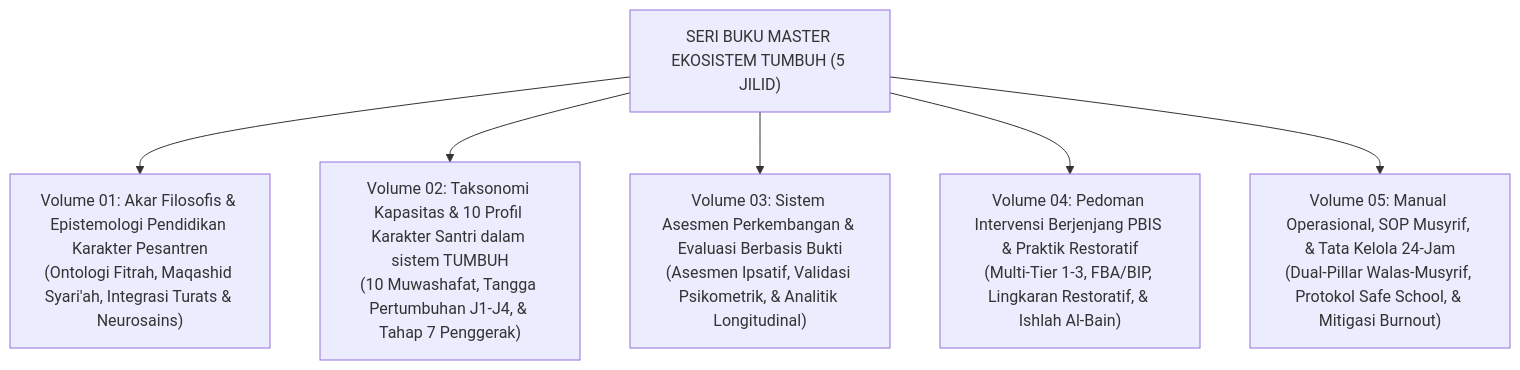
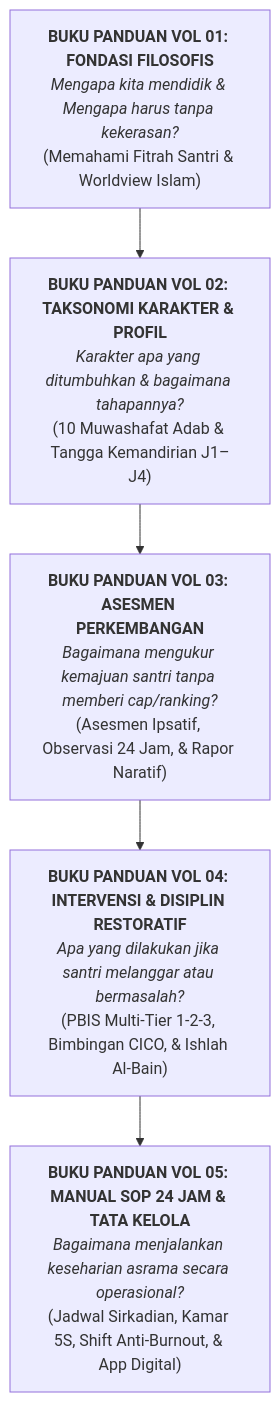
Before and after one commit to wandiapriliyandi/tumbuh: the diagram in BOOK-SERIES/README.md, drawn with Mermaid. The commit also changed other lines of this file and 1 other file, not shown here.

Commit message:
docs: tambahkan Buku Panduan Induk Ekosistem TUMBUH dari Hulu ke Hilir dan perbarui sitemap panduan

````diff
--- a/BOOK-SERIES/README.md
+++ b/BOOK-SERIES/README.md
@@ -21,9 +33,14 @@
 ```mermaid
 graph TD
-    BookSeries["SERI BUKU MASTER EKOSISTEM TUMBUH (5 JILID)"]
-    BookSeries --> Vol1["Volume 01: Akar Filosofis & Epistemologi Pendidikan Karakter Pesantren<br/>(Ontologi Fitrah, Maqashid Syari'ah, Integrasi Turats & Neurosains)"]
-    BookSeries --> Vol2["Volume 02: Taksonomi Kapasitas & 10 Profil Karakter Santri dalam sistem TUMBUH<br/>(10 Muwashafat, Tangga Pertumbuhan J1-J4, & Tahap 7 Penggerak)"]
-    BookSeries --> Vol3["Volume 03: Sistem Asesmen Perkembangan & Evaluasi Berbasis Bukti<br/>(Asesmen Ipsatif, Validasi Psikometrik, & Analitik Longitudinal)"]
-    BookSeries --> Vol4["Volume 04: Pedoman Intervensi Berjenjang PBIS & Praktik Restoratif<br/>(Multi-Tier 1-3, FBA/BIP, Lingkaran Restoratif, & Ishlah Al-Bain)"]
-    BookSeries --> Vol5["Volume 05: Manual Operasional, SOP Musyrif, & Tata Kelola 24-Jam<br/>(Dual-Pillar Walas-Musyrif, Protokol Safe School, & Mitigasi Burnout)"]
+    Vol1["<b>BUKU PANDUAN VOL 01: FONDASI FILOSOFIS</b><br/><i>Mengapa kita mendidik & Mengapa harus tanpa kekerasan?</i><br/>(Memahami Fitrah Santri & Worldview Islam)"]
+    
+    Vol2["<b>BUKU PANDUAN VOL 02: TAKSONOMI KARAKTER & PROFIL</b><br/><i>Karakter apa yang ditumbuhkan & bagaimana tahapannya?</i><br/>(10 Muwashafat Adab & Tangga Kemandirian J1–J4)"]
+    
+    Vol3["<b>BUKU PANDUAN VOL 03: ASESMEN PERKEMBANGAN</b><br/><i>Bagaimana mengukur kemajuan santri tanpa memberi cap/ranking?</i><br/>(Asesmen Ipsatif, Observasi 24 Jam, & Rapor Naratif)"]
+    
+    Vol4["<b>BUKU PANDUAN VOL 04: INTERVENSI & DISIPLIN RESTORATIF</b><br/><i>Apa yang dilakukan jika santri melanggar atau bermasalah?</i><br/>(PBIS Multi-Tier 1-2-3, Bimbingan CICO, & Ishlah Al-Bain)"]
+    
+    Vol5["<b>BUKU PANDUAN VOL 05: MANUAL SOP 24 JAM & TATA KELOLA</b><br/><i>Bagaimana menjalankan keseharian asrama secara operasional?</i><br/>(Jadwal Sirkadian, Kamar 5S, Shift Anti-Burnout, & App Digital)"]
+
+    Vol1 --> Vol2 --> Vol3 --> Vol4 --> Vol5
 ```
````
